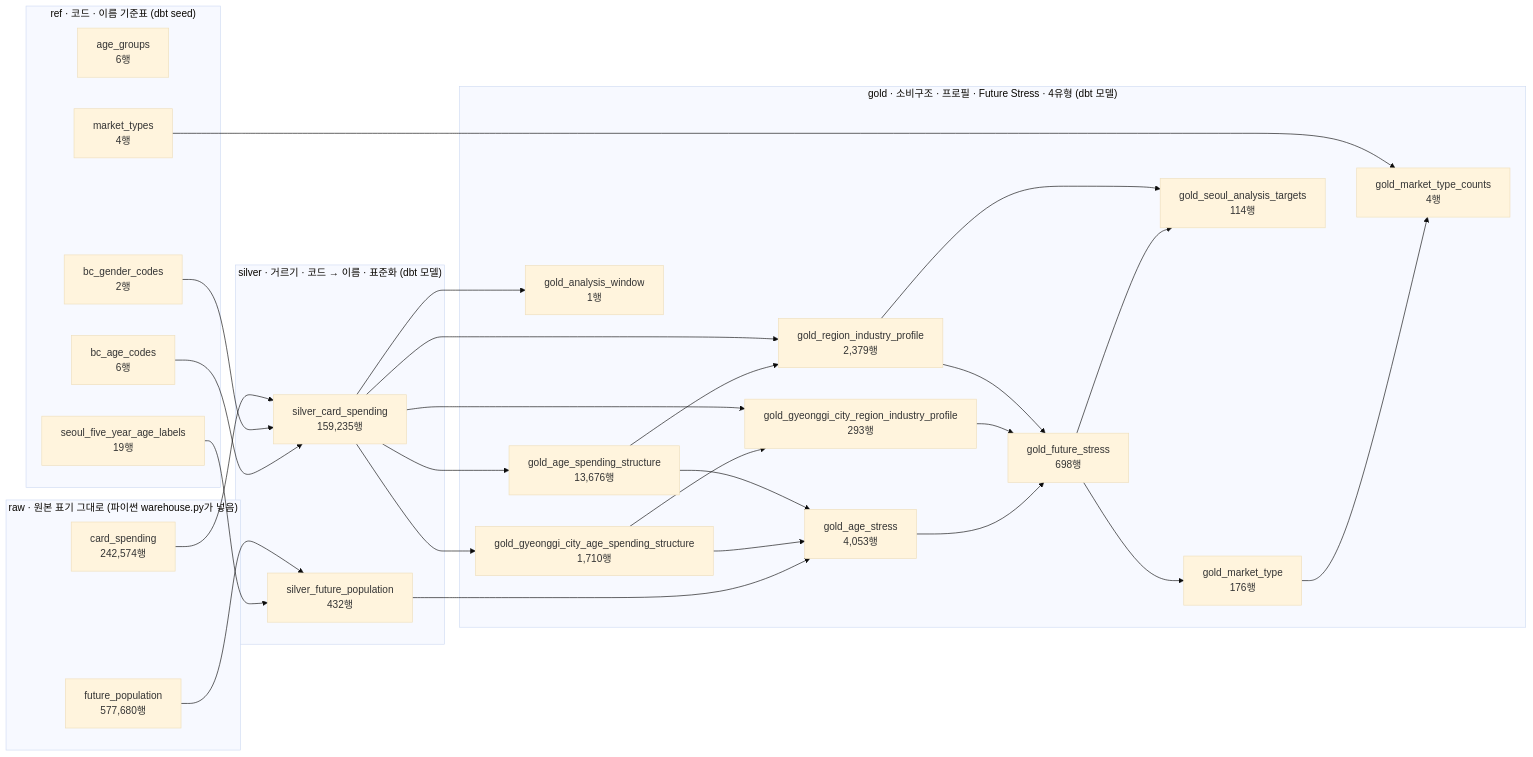
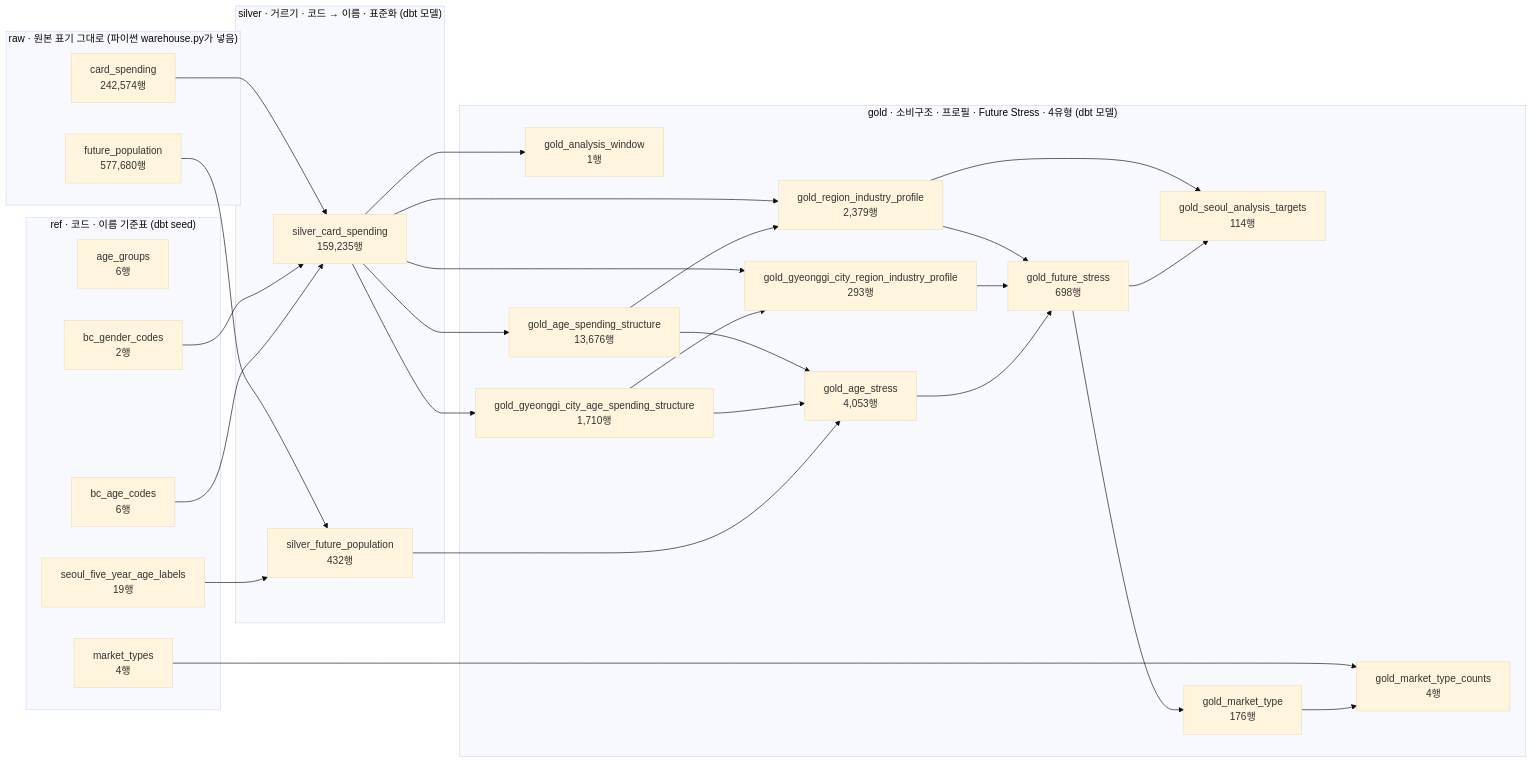
Before and after one commit to seoloo/BC_Consumer_Data_Contest: the first of 2 diagrams in docs/warehouse/README.md, drawn with Mermaid (base theme). The commit also changed other lines of this file and 67 other files, not shown here.

````diff
--- a/docs/warehouse/README.md
+++ b/docs/warehouse/README.md
@@ -37,53 +37,53 @@
 ```mermaid
 flowchart LR
   subgraph raw["raw · 원본 표기 그대로 (파이썬 warehouse.py가 넣음)"]
     raw_card_spending["card_spending<br/>242,574행"]
     raw_future_population["future_population<br/>577,680행"]
   end
   subgraph ref["ref · 코드 · 이름 기준표 (dbt seed)"]
     ref_age_groups["age_groups<br/>6행"]
     ref_bc_age_codes["bc_age_codes<br/>6행"]
     ref_bc_gender_codes["bc_gender_codes<br/>2행"]
     ref_market_types["market_types<br/>4행"]
     ref_seoul_five_year_age_labels["seoul_five_year_age_labels<br/>19행"]
   end
   subgraph silver["silver · 거르기 · 코드 → 이름 · 표준화 (dbt 모델)"]
     silver_card_spending["silver_card_spending<br/>159,235행"]
     silver_future_population["silver_future_population<br/>432행"]
   end
   subgraph gold["gold · 소비구조 · 프로필 · Future Stress · 4유형 (dbt 모델)"]
+    gold_analysis_window["gold_analysis_window<br/>1행"]
+    gold_seoul_analysis_targets["gold_seoul_analysis_targets<br/>114행"]
+    gold_market_type_counts["gold_market_type_counts<br/>4행"]
+    gold_market_type["gold_market_type<br/>176행"]
+    gold_future_stress["gold_future_stress<br/>698행"]
+    gold_age_stress["gold_age_stress<br/>4,053행"]
+    gold_region_industry_profile["gold_region_industry_profile<br/>2,379행"]
     gold_age_spending_structure["gold_age_spending_structure<br/>13,676행"]
-    gold_age_stress["gold_age_stress<br/>4,053행"]
-    gold_analysis_window["gold_analysis_window<br/>1행"]
-    gold_future_stress["gold_future_stress<br/>698행"]
+    gold_gyeonggi_city_region_industry_profile["gold_gyeonggi_city_region_industry_profile<br/>293행"]
     gold_gyeonggi_city_age_spending_structure["gold_gyeonggi_city_age_spending_structure<br/>1,710행"]
-    gold_gyeonggi_city_region_industry_profile["gold_gyeonggi_city_region_industry_profile<br/>293행"]
-    gold_market_type["gold_market_type<br/>176행"]
-    gold_market_type_counts["gold_market_type_counts<br/>4행"]
-    gold_region_industry_profile["gold_region_industry_profile<br/>2,379행"]
-    gold_seoul_analysis_targets["gold_seoul_analysis_targets<br/>114행"]
   end
-  silver_card_spending --> gold_age_spending_structure
-  gold_age_spending_structure --> gold_age_stress
-  gold_gyeonggi_city_age_spending_structure --> gold_age_stress
-  silver_future_population --> gold_age_stress
   silver_card_spending --> gold_analysis_window
-  gold_region_industry_profile --> gold_future_stress
-  gold_gyeonggi_city_region_industry_profile --> gold_future_stress
-  gold_age_stress --> gold_future_stress
-  silver_card_spending --> gold_gyeonggi_city_age_spending_structure
-  silver_card_spending --> gold_gyeonggi_city_region_industry_profile
-  gold_gyeonggi_city_age_spending_structure --> gold_gyeonggi_city_region_industry_profile
-  gold_future_stress --> gold_market_type
-  ref_market_types --> gold_market_type_counts
-  gold_market_type --> gold_market_type_counts
-  silver_card_spending --> gold_region_industry_profile
-  gold_age_spending_structure --> gold_region_industry_profile
-  gold_region_industry_profile --> gold_seoul_analysis_targets
-  gold_future_stress --> gold_seoul_analysis_targets
   raw_card_spending --> silver_card_spending
   ref_bc_gender_codes --> silver_card_spending
   ref_bc_age_codes --> silver_card_spending
   raw_future_population --> silver_future_population
   ref_seoul_five_year_age_labels --> silver_future_population
+  gold_region_industry_profile --> gold_seoul_analysis_targets
+  gold_future_stress --> gold_seoul_analysis_targets
+  ref_market_types --> gold_market_type_counts
+  gold_market_type --> gold_market_type_counts
+  gold_future_stress --> gold_market_type
+  gold_region_industry_profile --> gold_future_stress
+  gold_gyeonggi_city_region_industry_profile --> gold_future_stress
+  gold_age_stress --> gold_future_stress
+  gold_age_spending_structure --> gold_age_stress
+  gold_gyeonggi_city_age_spending_structure --> gold_age_stress
+  silver_future_population --> gold_age_stress
+  silver_card_spending --> gold_region_industry_profile
+  gold_age_spending_structure --> gold_region_industry_profile
+  silver_card_spending --> gold_age_spending_structure
+  silver_card_spending --> gold_gyeonggi_city_region_industry_profile
+  gold_gyeonggi_city_age_spending_structure --> gold_gyeonggi_city_region_industry_profile
+  silver_card_spending --> gold_gyeonggi_city_age_spending_structure
 ```
````
